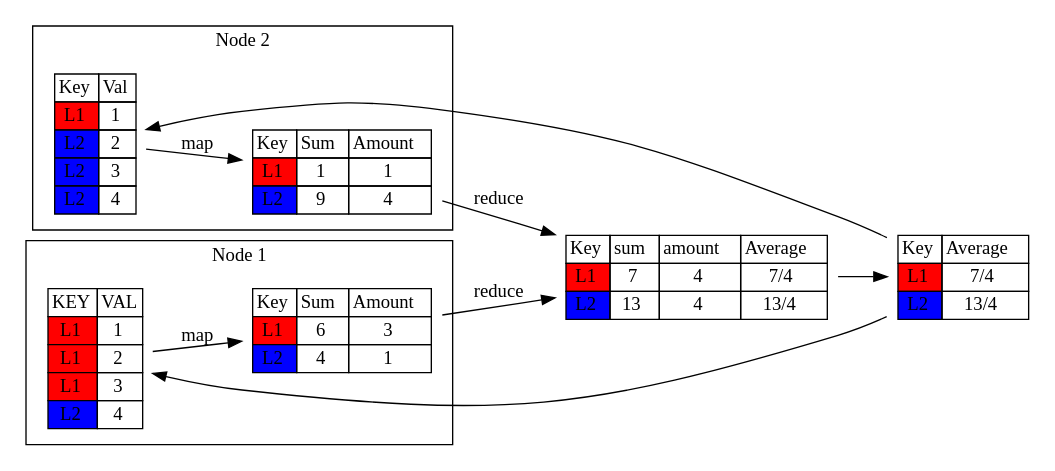
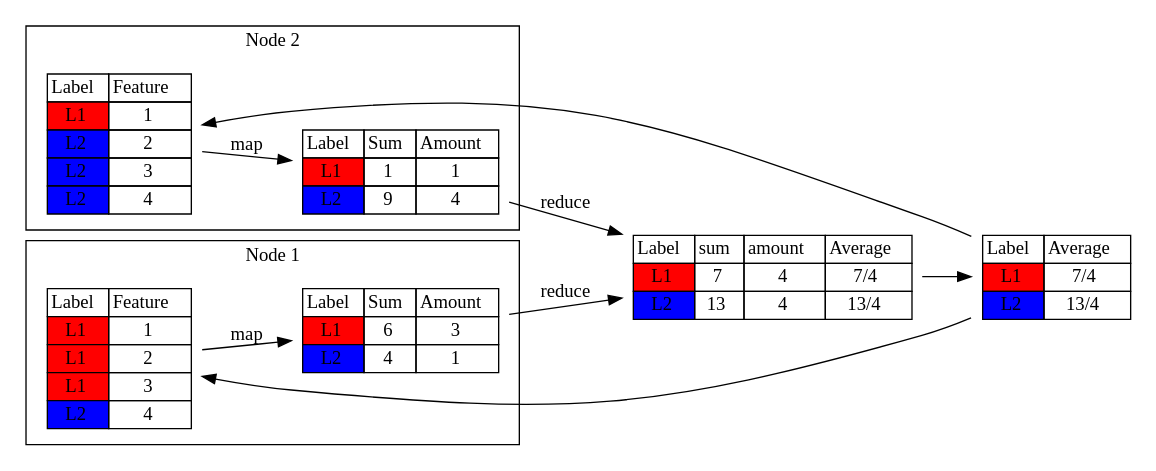
The diagram in mean-map-reduce-back-arrow.gv (dehasi/grapviz), drawn with Graphviz before and after one commit. The commit also changed 2 other files, not shown here.

```diff
--- a/mean-map-reduce-back-arrow.gv
+++ b/mean-map-reduce-back-arrow.gv
@@ -1,69 +1,69 @@
 digraph G {
 rankdir=LR;
 
 subgraph cluster_1 {
   label="Node 1"
   node1 -> temp1 [label="map"]
 }
 
 subgraph cluster_2 {
   label="Node 2"
   node2 -> temp2 [label="map"]
 }
 
 temp1 -> trainer [label="reduce"]
 temp2 -> trainer [label="reduce"]
 trainer -> model
 
 model -> node1
 model -> node2
 
 node1 [shape=plaintext label=<
 <TABLE BORDER="0" CELLBORDER="1" CELLSPACING="0">
-  <TR><TD>KEY</TD><TD>VAL</TD></TR>
-  <TR><TD BGCOLOR="red" >L1</TD><TD>1</TD></TR>
+  <TR><TD>Label</TD><TD>Feature</TD></TR>
+  <TR><TD BGCOLOR="red">L1</TD><TD>1</TD></TR>
   <TR><TD BGCOLOR="red">L1</TD><TD>2</TD></TR>
   <TR><TD BGCOLOR="red">L1</TD><TD>3</TD></TR>
   <TR><TD BGCOLOR="blue">L2</TD><TD>4</TD></TR>
 </TABLE>>];
 
 
 node2 [shape=plaintext label=<
 <TABLE BORDER="0" CELLBORDER="1" CELLSPACING="0">
-  <TR><TD>Key</TD><TD>Val</TD></TR>
+  <TR><TD>Label</TD><TD>Feature</TD></TR>
   <TR><TD BGCOLOR="red">L1</TD><TD>1</TD></TR>
   <TR><TD BGCOLOR="blue">L2</TD><TD>2</TD></TR>
   <TR><TD BGCOLOR="blue">L2</TD><TD>3</TD></TR>
   <TR><TD BGCOLOR="blue">L2</TD><TD>4</TD></TR>
 </TABLE>>];
 
 temp1 [shape=plaintext label=<
 <TABLE BORDER="0" CELLBORDER="1" CELLSPACING="0">
-  <TR><TD>Key</TD><TD>Sum</TD><TD>Amount</TD></TR>
+  <TR><TD>Label</TD><TD>Sum</TD><TD>Amount</TD></TR>
   <TR><TD BGCOLOR="red" >L1</TD><TD>6</TD><TD>3</TD></TR>
   <TR><TD BGCOLOR="blue">L2</TD><TD>4</TD><TD>1</TD></TR>
 </TABLE>>];
 
 
 temp2 [shape=plaintext label=<
 <TABLE BORDER="0" CELLBORDER="1" CELLSPACING="0">
-  <TR><TD>Key</TD><TD>Sum</TD><TD>Amount</TD></TR>
+  <TR><TD>Label</TD><TD>Sum</TD><TD>Amount</TD></TR>
   <TR><TD BGCOLOR="red">L1</TD><TD>1</TD><TD>1</TD></TR>
   <TR><TD BGCOLOR="blue">L2</TD><TD>9</TD><TD>4</TD></TR>
 </TABLE>>];
 
 trainer [shape=plaintext label=<
 <TABLE BORDER="0" CELLBORDER="1" CELLSPACING="0">
-  <TR><TD>Key</TD><TD>sum</TD><TD>amount</TD><TD>Average</TD></TR>
+  <TR><TD>Label</TD><TD>sum</TD><TD>amount</TD><TD>Average</TD></TR>
   <TR><TD BGCOLOR="red">L1</TD><TD>7</TD><TD>4</TD><TD>7/4</TD></TR>
   <TR><TD BGCOLOR="blue">L2</TD><TD>13</TD><TD>4</TD><TD>13/4</TD></TR>
 </TABLE>>];
 
 model [shape=plaintext label=<
 <TABLE BORDER="0" CELLBORDER="1" CELLSPACING="0">
-  <TR><TD>Key</TD><TD>Average</TD></TR>
+  <TR><TD>Label</TD><TD>Average</TD></TR>
   <TR><TD BGCOLOR="red">L1</TD><TD>7/4</TD></TR>
   <TR><TD BGCOLOR="blue">L2</TD><TD>13/4</TD></TR>
 </TABLE>>];
 
 }
```
